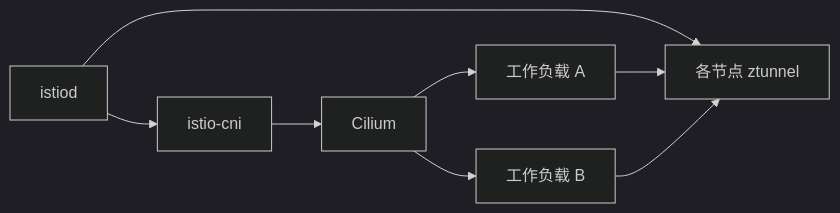
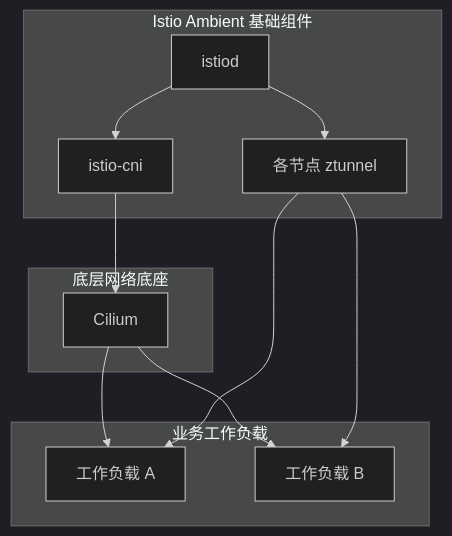
One commit to hwang-protocol/docker_k8s_2026 changed the first of 2 diagrams in k8s/05-security-and-zero-trust/docs/03_install_istio_ambient.md. Above: the diagram before and after it, drawn with Mermaid (dark theme). The commit also changed other lines of this file, not shown here.

````diff
--- a/k8s/05-security-and-zero-trust/docs/03_install_istio_ambient.md
+++ b/k8s/05-security-and-zero-trust/docs/03_install_istio_ambient.md
@@ -35,12 +35,26 @@
 ```mermaid
-flowchart LR
-    istiod[istiod] --> ztunnel[各节点 ztunnel]
-    istiod --> istioCni[istio-cni]
+flowchart TD
+    subgraph base[底层网络底座]
+        cilium[Cilium]
+    end
 
-    workloadA[工作负载 A] --> ztunnel
-    workloadB[工作负载 B] --> ztunnel
+    subgraph ambient[Istio Ambient 基础组件]
+        istiod[istiod]
+        ztunnel[各节点 ztunnel]
+        istioCni[istio-cni]
+    end
 
-    cilium[Cilium] --> workloadA
+    subgraph apps[业务工作负载]
+        workloadA[工作负载 A]
+        workloadB[工作负载 B]
+    end
+
+    cilium --> workloadA
     cilium --> workloadB
+
+    istiod --> ztunnel
+    istiod --> istioCni
+    ztunnel --> workloadA
+    ztunnel --> workloadB
     istioCni --> cilium
 ```
````
